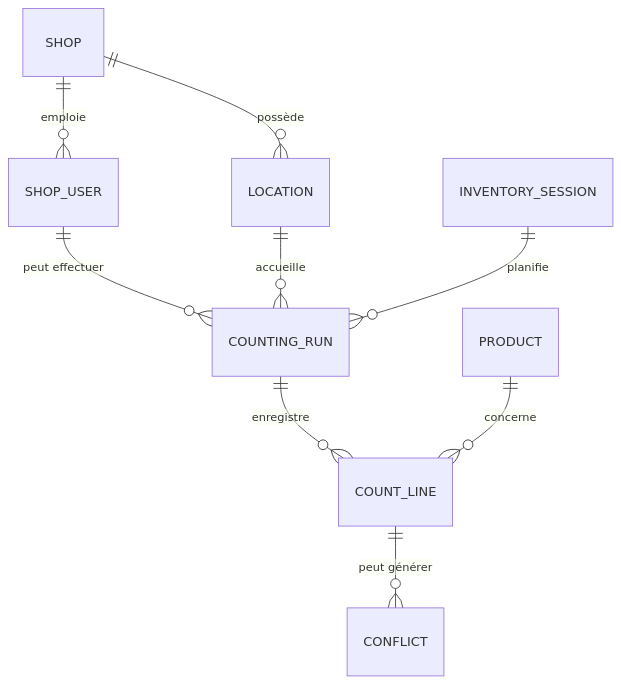
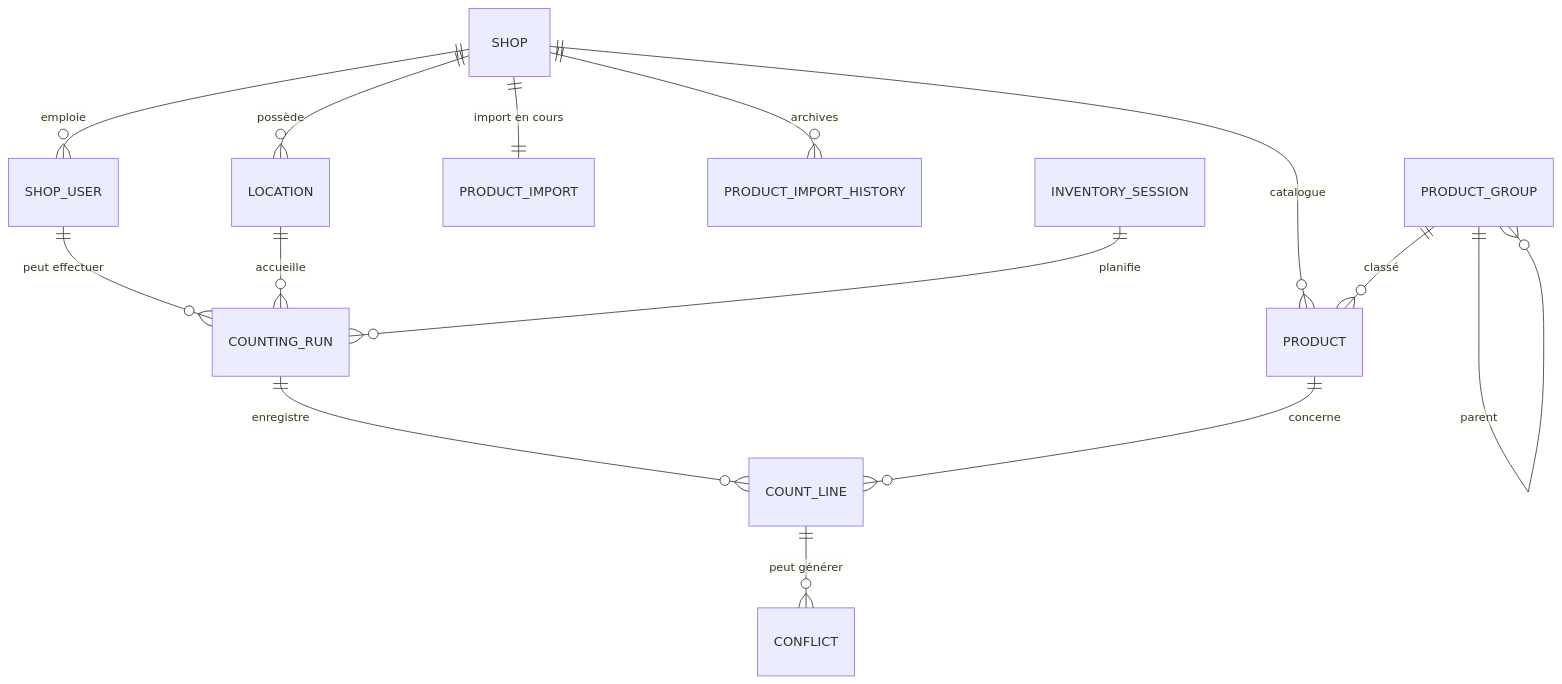
One commit to TSF-IT/CineBoutique-Inventaire changed the first of 2 diagrams in docs/database/README.md. Above: the diagram before and after it, drawn with Mermaid. The commit also changed other lines of this file and 35 other files, not shown here.

````diff
--- a/docs/database/README.md
+++ b/docs/database/README.md
@@ -7,11 +7,16 @@
 ```mermaid
 erDiagram
     SHOP ||--o{ LOCATION : "possède"
     SHOP ||--o{ SHOP_USER : "emploie"
+    SHOP ||--o{ PRODUCT : "catalogue"
+    SHOP ||--|| PRODUCT_IMPORT : "import en cours"
+    SHOP ||--o{ PRODUCT_IMPORT_HISTORY : "archives"
+    PRODUCT_GROUP ||--o{ PRODUCT_GROUP : "parent"
+    PRODUCT_GROUP ||--o{ PRODUCT : "classé"
     SHOP_USER ||--o{ COUNTING_RUN : "peut effectuer"
     LOCATION ||--o{ COUNTING_RUN : "accueille"
     INVENTORY_SESSION ||--o{ COUNTING_RUN : "planifie"
     COUNTING_RUN ||--o{ COUNT_LINE : "enregistre"
     PRODUCT ||--o{ COUNT_LINE : "concerne"
     COUNT_LINE ||--o{ CONFLICT : "peut générer"
 ```
````
